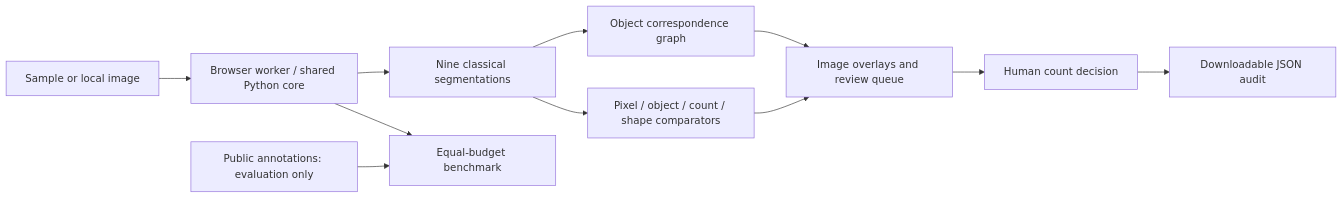
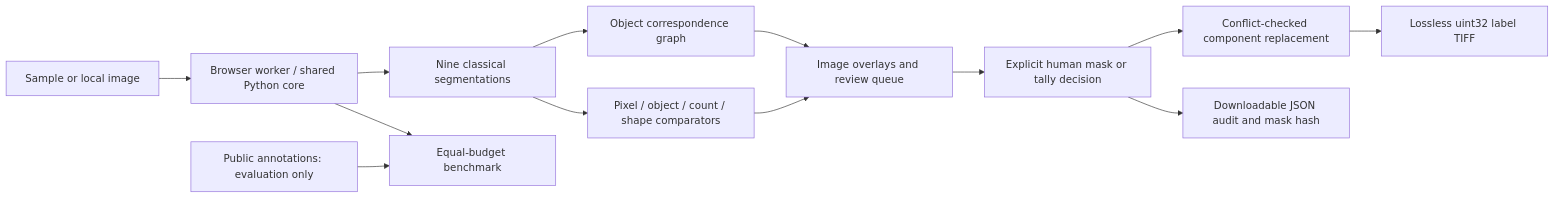
The diagram in README.md (dumbthing999-ui/nuclei-lens), drawn with Mermaid before and after one commit. The commit also changed other lines of this file and 92 other files, not shown here.

Commit message:
feat: add conflict-checked mask correction and lossless label export

````diff
--- a/README.md
+++ b/README.md
@@ -49,13 +51,15 @@
 ```mermaid
 flowchart LR
   I[Sample or local image] --> W[Browser worker / shared Python core]
   W --> S[Nine classical segmentations]
   S --> G[Object correspondence graph]
   S --> C[Pixel / object / count / shape comparators]
   G --> U[Image overlays and review queue]
   C --> U
-  U --> H[Human count decision]
-  H --> A[Downloadable JSON audit]
+  U --> H[Explicit human mask or tally decision]
+  H --> P[Conflict-checked component replacement]
+  P --> T[Lossless uint32 label TIFF]
+  H --> A[Downloadable JSON audit and mask hash]
   D[Public annotations: evaluation only] --> E[Equal-budget benchmark]
   W --> E
 ```
````
